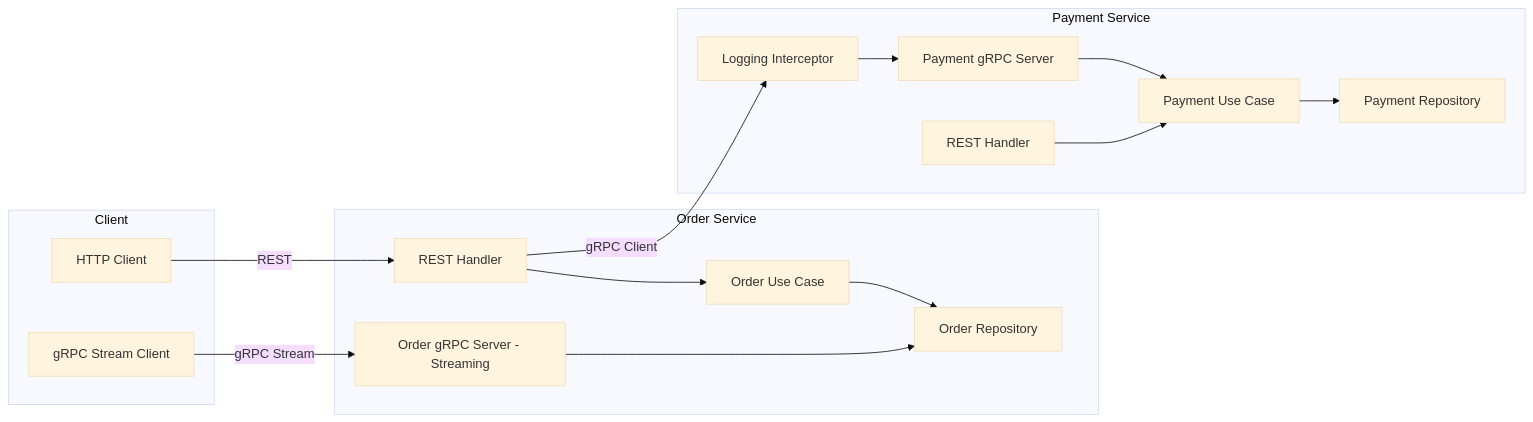
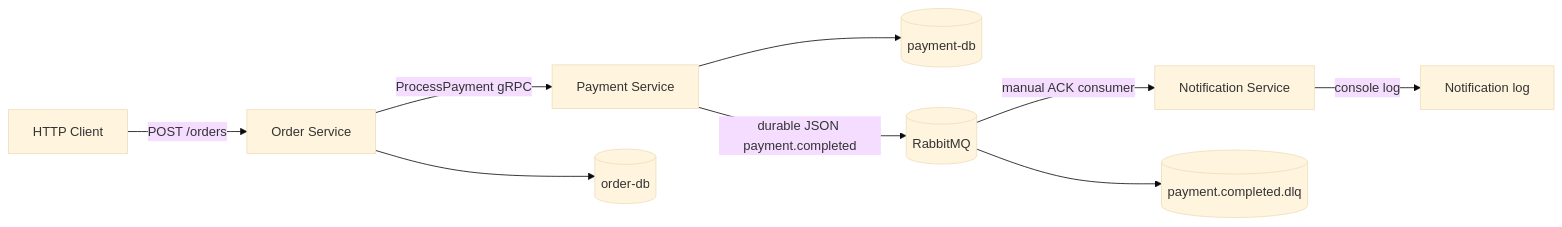
Before and after one commit to maqsatto/ap2-assignment-1: the diagram in README.md, drawn with Mermaid (base theme). The commit also changed other lines of this file and 34 other files, not shown here.

````diff
--- a/README.md
+++ b/README.md
@@ -15,31 +19,12 @@
 ```mermaid
 flowchart LR
-    subgraph Client
-        HTTP[HTTP Client]
-        gRPCStream[gRPC Stream Client]
-    end
+    Client[HTTP Client] -->|POST /orders| Order[Order Service]
+    Order -->|ProcessPayment gRPC| Payment[Payment Service]
+    Order --> OrderDB[(order-db)]
+    Payment --> PaymentDB[(payment-db)]
+    Payment -->|durable JSON payment.completed| Rabbit[(RabbitMQ)]
+    Rabbit -->|manual ACK consumer| Notification[Notification Service]
+    Rabbit --> DLQ[(payment.completed.dlq)]
 
-    subgraph Order Service
-        OH[REST Handler]
-        OU[Order Use Case]
-        OR[Order Repository]
-        OGS[Order gRPC Server - Streaming]
-    end
-
-    subgraph Payment Service
-        PGS[Payment gRPC Server]
-        PU[Payment Use Case]
-        PR[Payment Repository]
-        PH[REST Handler]
-        INT[Logging Interceptor]
-    end
-
-    HTTP -->|REST| OH
-    OH --> OU --> OR
-    OH -->|gRPC Client| INT
-    INT --> PGS --> PU --> PR
-    gRPCStream -->|gRPC Stream| OGS
-    OGS --> OR
-
-    PH --> PU
+    Notification -->|console log| Log[Notification log]
 ```
````
